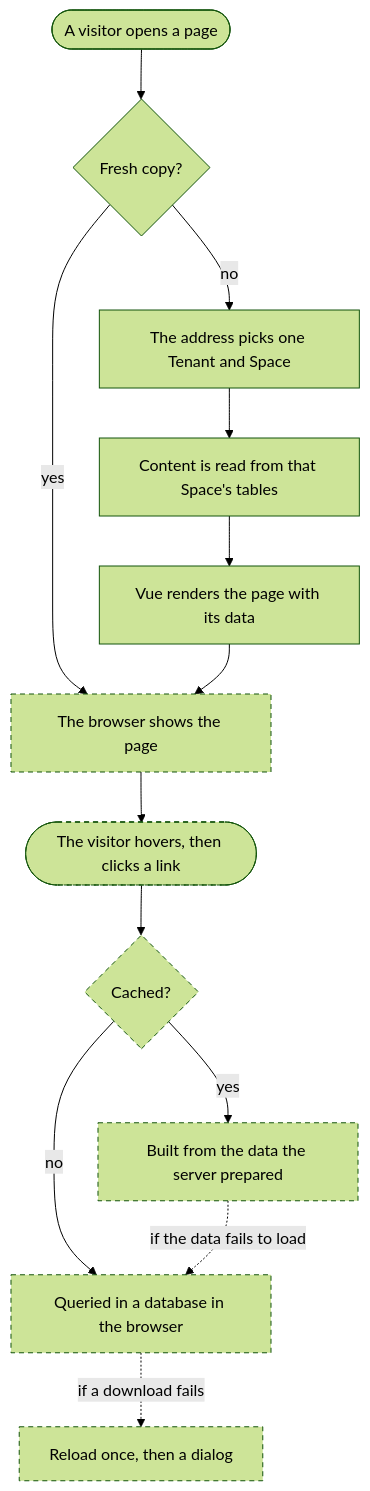
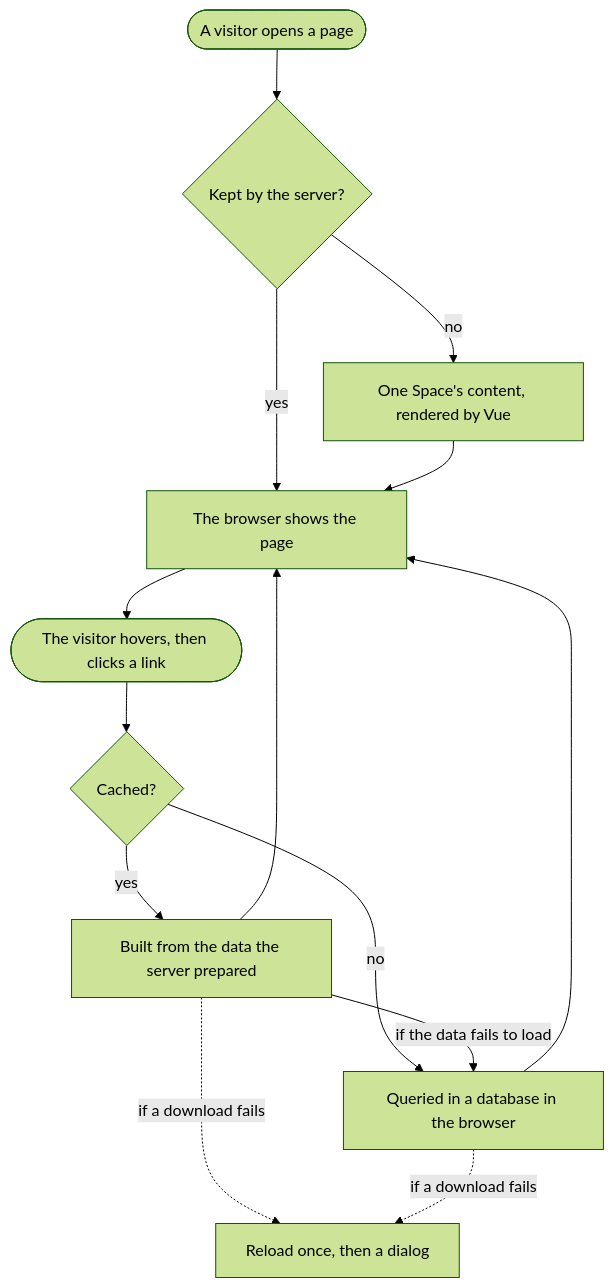
Before and after one commit to feffef/terrarium: the diagram in layers/glassbox/content/guide/pages/walkthroughs/opening-a-page.md, drawn with Mermaid (forest theme). The commit also changed other lines of this file and 13 other files, not shown here.

````diff
--- a/layers/glassbox/content/guide/pages/walkthroughs/opening-a-page.md
+++ b/layers/glassbox/content/guide/pages/walkthroughs/opening-a-page.md
@@ -10,17 +10,16 @@
 ```mermaid
 flowchart TD
-  open([A visitor opens a page]) --> kept{Fresh copy?}
+  open([A visitor opens a page]) --> kept{Kept by the server?}
+  kept -- no --> render[One Space's content, rendered by Vue]
   kept -- yes --> shown[The browser shows the page]
-  kept -- no --> route[The address picks one Tenant and Space]
-  route --> query[Content is read from that Space's tables]
-  query --> render[Vue renders the page with its data]
   render --> shown
   shown --> next([The visitor hovers, then clicks a link])
   next --> cached{Cached?}
   cached -- yes --> payload[Built from the data the server prepared]
   cached -- no --> local[Queried in a database in the browser]
-  payload -. if the data fails to load .-> local
-  local -. if a download fails .-> reload[Reload once, then a dialog]
-  classDef browser stroke-dasharray: 5 4
-  class shown,next,cached,payload,local,reload browser
+  payload -- if the data fails to load --> local
+  payload --> shown
+  local --> shown
+  payload -. if a download fails .-> reload[Reload once, then a dialog]
+  local -. if a download fails .-> reload
 ```
````
